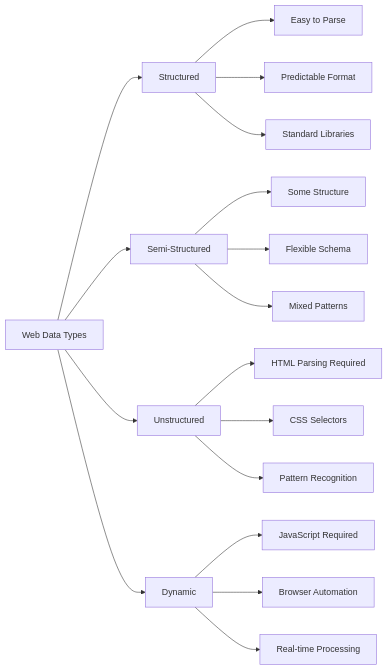
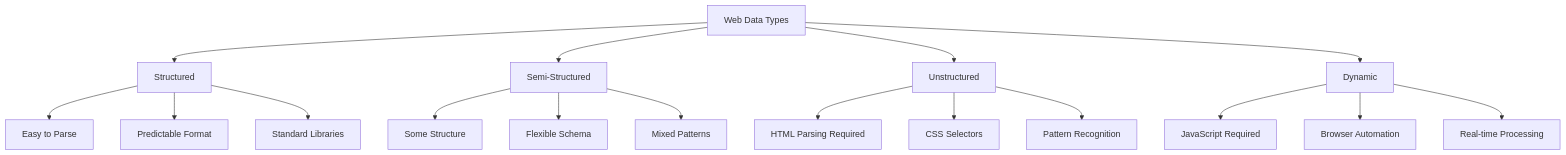
Before and after one commit to bytetunnels/bytetunnels.github.com: the second of 2 diagrams in _posts/2025-05-12-types-of-web-data-field-guide.md, drawn with Mermaid. The commit also changed 25 other files, not shown here.

Commit message:
chore: fixed mermaid charts

````diff
--- a/_posts/2025-05-12-types-of-web-data-field-guide.md
+++ b/_posts/2025-05-12-types-of-web-data-field-guide.md
@@ -301,23 +301,25 @@
-<div class="mermaid">
-graph LR
-    A[Web Data Types] --> B[Structured]
+```mermaid
+graph TD
+    A[Web Data Types]
+
+    A --> B[Structured]
     A --> C[Semi-Structured]
     A --> D[Unstructured]
     A --> E[Dynamic]
-    
+
     B --> B1[Easy to Parse]
     B --> B2[Predictable Format]
     B --> B3[Standard Libraries]
-    
+
     C --> C1[Some Structure]
     C --> C2[Flexible Schema]
     C --> C3[Mixed Patterns]
-    
+
     D --> D1[HTML Parsing Required]
     D --> D2[CSS Selectors]
     D --> D3[Pattern Recognition]
-    
+
     E --> E1[JavaScript Required]
     E --> E2[Browser Automation]
     E --> E3[Real-time Processing]
-</div>
+```
````
